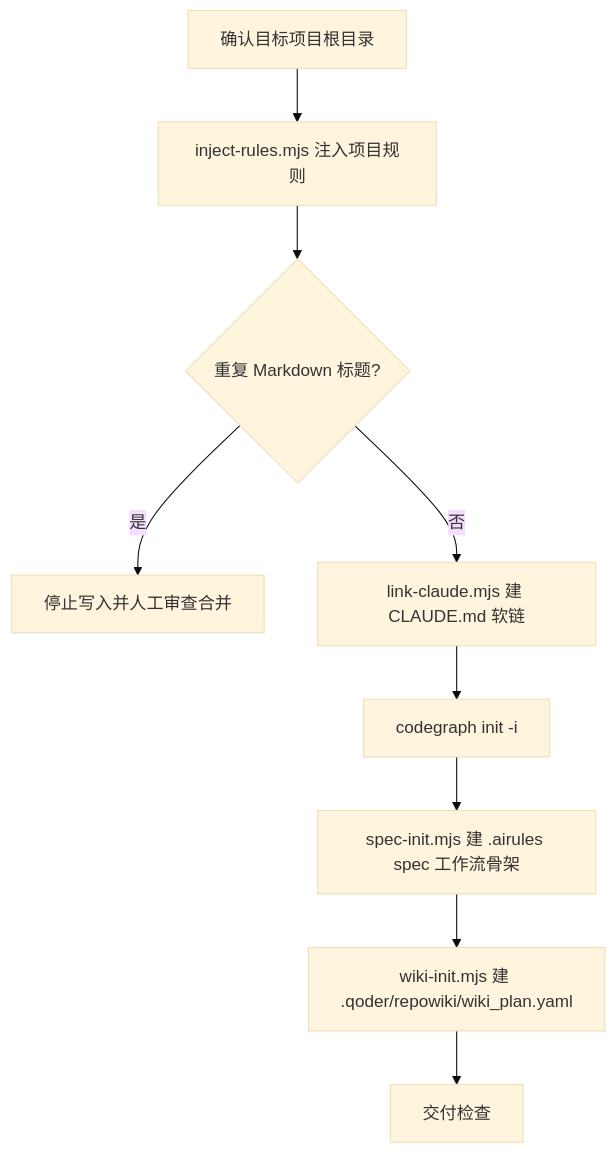
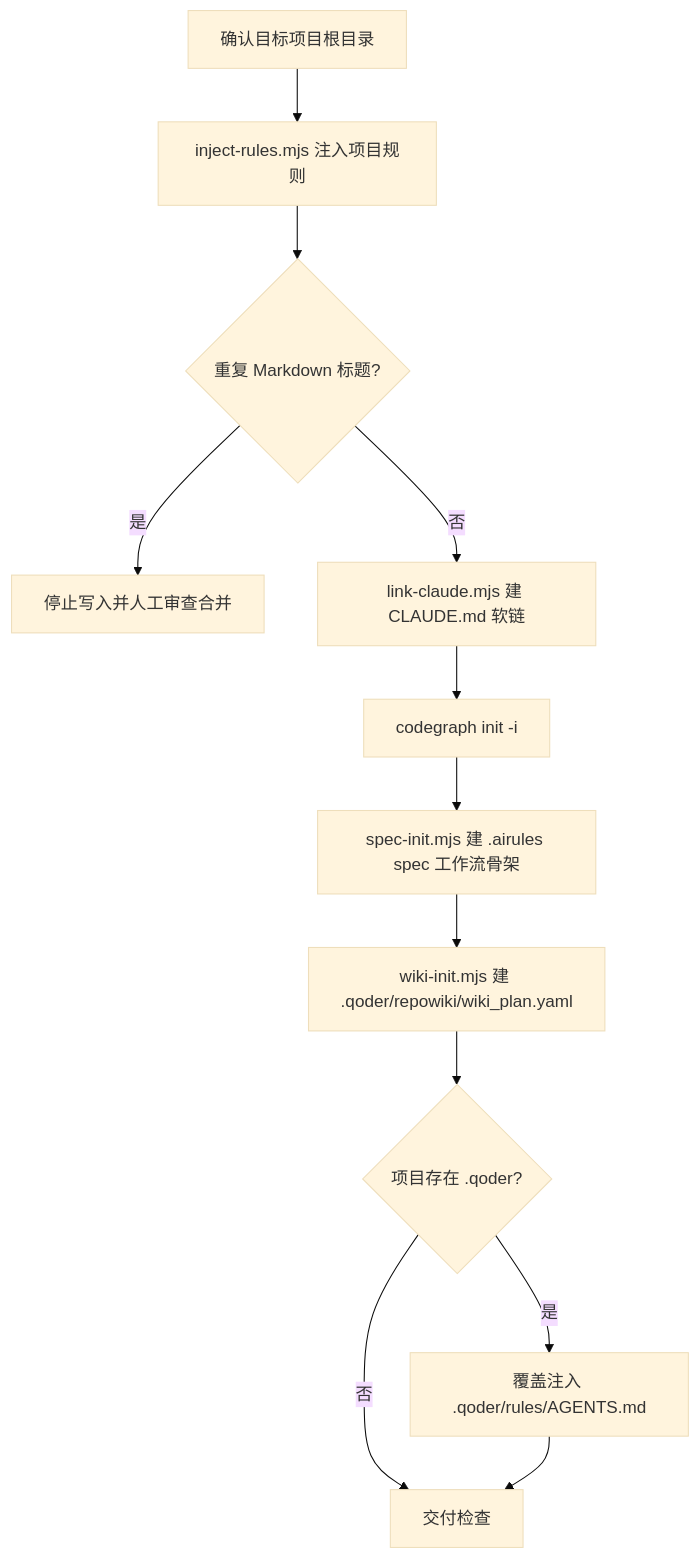
One commit to moluoxixi/AIRules changed the diagram in skills/init-project/SKILL.md. Above: the diagram before and after it, drawn with Mermaid (base theme). The commit also changed other lines of this file and 2 other files, not shown here.

First line of the commit message:
feat(init-project): 增强 Qoder 规则注入逻辑

````diff
--- a/skills/init-project/SKILL.md
+++ b/skills/init-project/SKILL.md
@@ -28,11 +28,14 @@
 ```mermaid
 flowchart TD
   A[确认目标项目根目录] --> B[inject-rules.mjs 注入项目规则]
   B --> C{重复 Markdown 标题?}
   C -->|是| D[停止写入并人工审查合并]
   C -->|否| E[link-claude.mjs 建 CLAUDE.md 软链]
   E --> F[codegraph init -i]
   F --> G[spec-init.mjs 建 .airules spec 工作流骨架]
   G --> W[wiki-init.mjs 建 .qoder/repowiki/wiki_plan.yaml]
-  W --> H[交付检查]
+  W --> Q{项目存在 .qoder?}
+  Q -->|是| R[覆盖注入 .qoder/rules/AGENTS.md]
+  Q -->|否| H[交付检查]
+  R --> H
 ```
````
